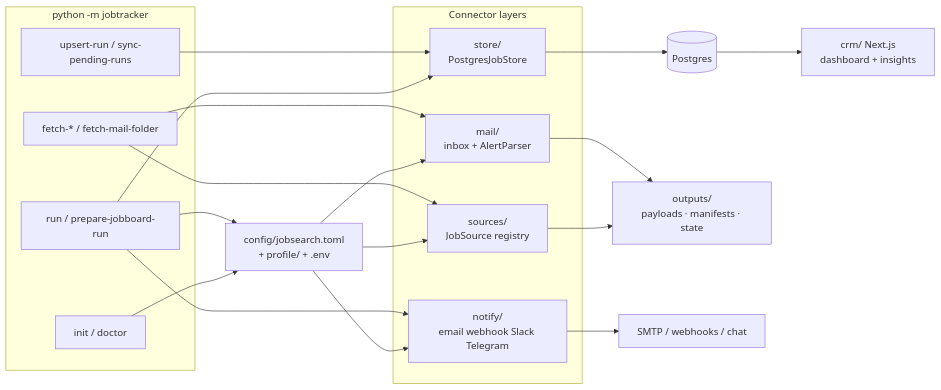
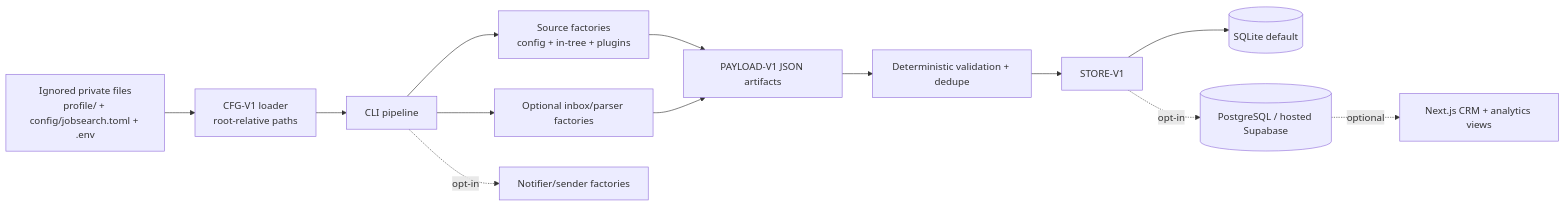
The first of 3 diagrams in Docs/architecture.md (the-dmytro/jobsearch-toolchain), drawn with Mermaid before and after one commit. The commit also changed other lines of this file and 165 other files, not shown here.

````diff
--- a/Docs/architecture.md
+++ b/Docs/architecture.md
@@ -13,36 +9,15 @@
 ```mermaid
 flowchart LR
-  subgraph CLI["python -m jobtracker"]
-    Init["init / doctor"]
-    Run["run / prepare-jobboard-run"]
-    Fetch["fetch-* / fetch-mail-folder"]
-    Upsert["upsert-run / sync-pending-runs"]
-  end
-
-  subgraph Connectors["Connector layers"]
-    Sources["sources/<br/>JobSource registry"]
-    Mail["mail/<br/>inbox + AlertParser"]
-    Store["store/<br/>PostgresJobStore"]
-    Notify["notify/<br/>email webhook Slack Telegram"]
-  end
-
-  PG[(Postgres)]
-  CRM["crm/ Next.js<br/>dashboard + insights"]
-  Out["outputs/<br/>payloads · manifests · state"]
-
-  Init --> Config["config/jobsearch.toml<br/>+ profile/ + .env"]
-  Run --> Config
-  Config --> Sources
-  Config --> Mail
-  Config --> Notify
-  Fetch --> Sources
-  Fetch --> Mail
-  Sources --> Out
-  Mail --> Out
-  Run --> Store
-  Upsert --> Store
-  Store --> PG
-  Run --> Notify
-  Notify --> External["SMTP / webhooks / chat"]
-  PG --> CRM
+  Private["Ignored private files<br/>profile/ + config/jobsearch.toml + .env"] --> Config["CFG-V1 loader<br/>root-relative paths"]
+  Config --> Run["CLI pipeline"]
+  Run --> Sources["Source factories<br/>config + in-tree + plugins"]
+  Run --> Mail["Optional inbox/parser factories"]
+  Sources --> Payload["PAYLOAD-V1 JSON artifacts"]
+  Mail --> Payload
+  Payload --> Dedupe["Deterministic validation + dedupe"]
+  Dedupe --> Store["STORE-V1"]
+  Store --> SQLite[("SQLite default")]
+  Store -. opt-in .-> PG[("PostgreSQL / hosted Supabase")]
+  Run -. opt-in .-> Notify["Notifier/sender factories"]
+  PG -. optional .-> CRM["Next.js CRM + analytics views"]
 ```
````
